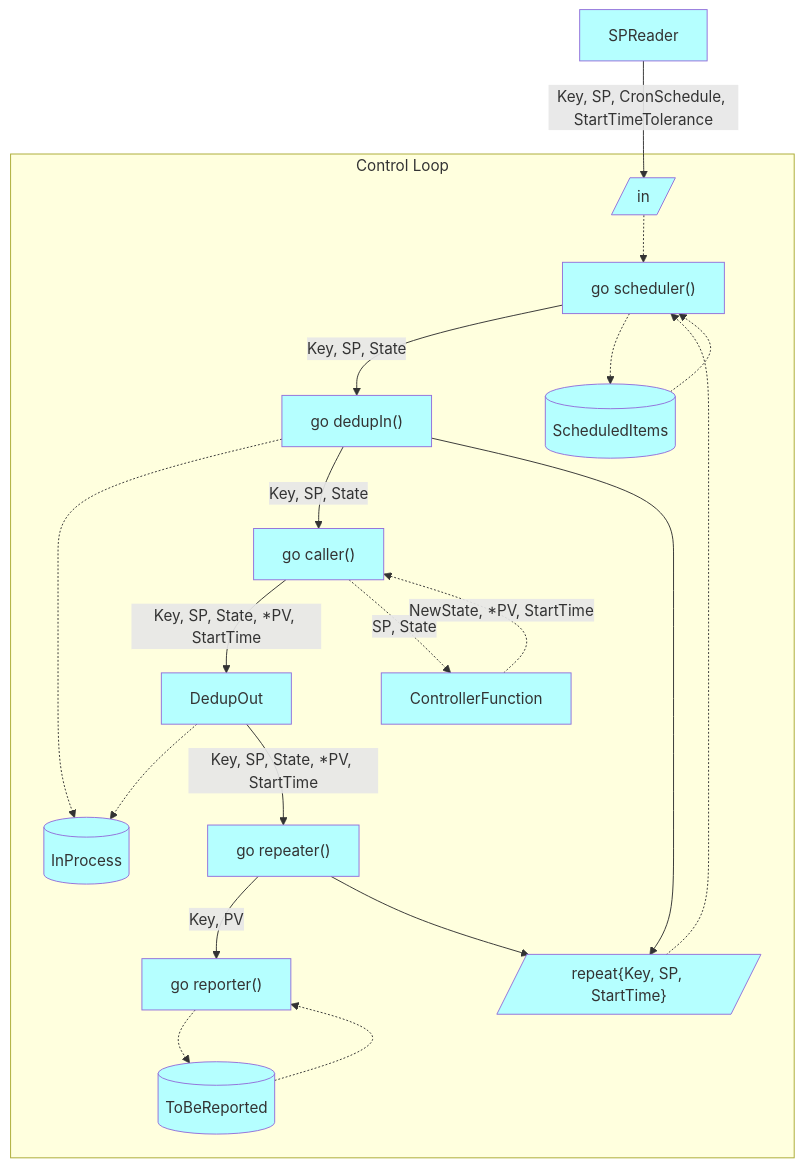
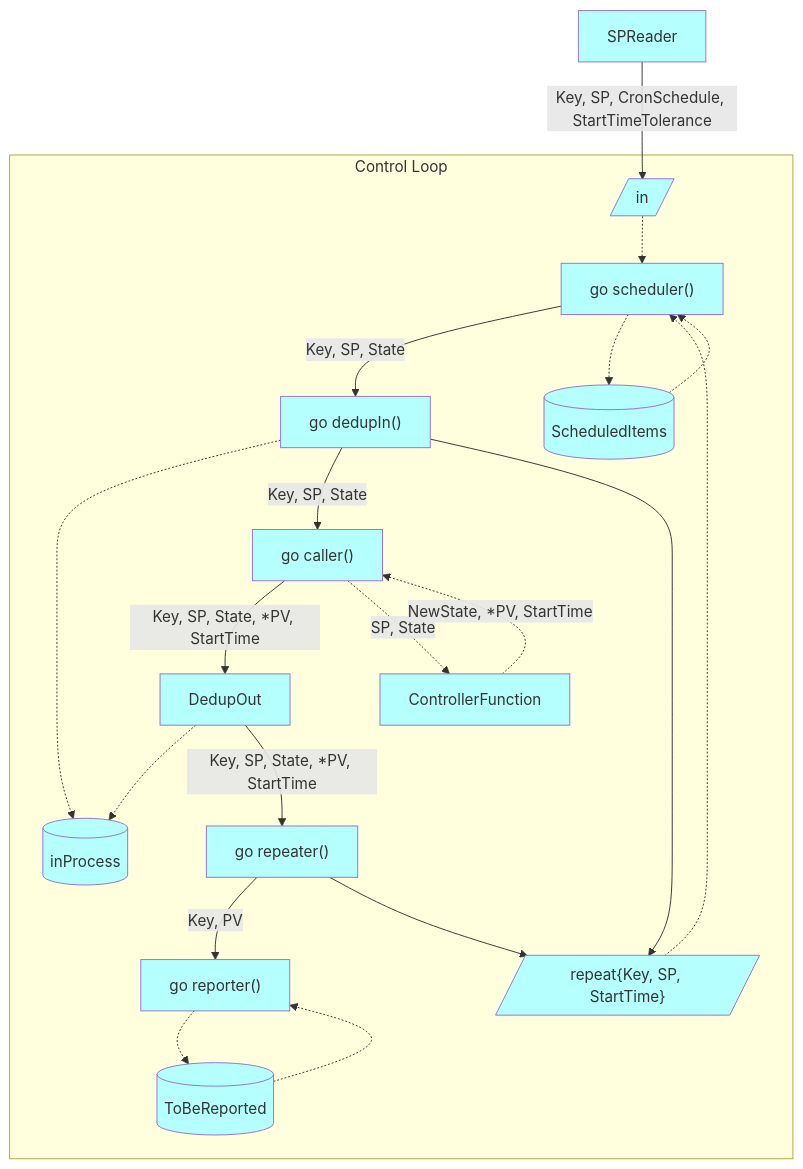
Before and after one commit to voedger/voedger: the diagram in pkg/ctrlloop/README.md, drawn with Mermaid. The commit also changed 78 other files, not shown here.

````diff
--- a/pkg/ctrlloop/README.md
+++ b/pkg/ctrlloop/README.md
@@ -30,52 +30,52 @@
 ```mermaid
     flowchart TD
 
     %% Entities ====================
 
     SPReader:::S
     subgraph ControlLoop[Control Loop]
         Scheduler["go scheduler()"]:::S
         in[/in/]:::S
         repeat[/"repeat{Key, SP, StartTime}"/]:::S
         ScheduledItems[(ScheduledItems)]:::S
         DedupIn["go dedupIn()"]:::S
         Caller["go caller()"]:::S
         Repeater["go repeater()"]:::S
         Reporter["go reporter()"]:::S
         DedupOut:::S        
         Controller[ControllerFunction]:::S
         ToBeReported[(ToBeReported)]:::S
-        InProcess[(InProcess)]:::S
+        inProcess[(inProcess)]:::S
     end
 
     %% Relations ====================
 
     SPReader --> |Key, SP, CronSchedule, StartTimeTolerance| in
     in -.-> Scheduler    
     Scheduler --> |Key, SP, State| DedupIn
     repeat -.-> Scheduler
 
-    DedupIn -.-> InProcess
+    DedupIn -.-> inProcess
 
     Scheduler -.-> ScheduledItems
     ScheduledItems -.-> Scheduler
     DedupIn -->|Key, SP, State| Caller
     DedupIn --> repeat
 
 
     Caller --> |Key, SP, State, *PV, StartTime| DedupOut
     Caller -.-> |SP, State| Controller
     Controller -.-> |NewState, *PV, StartTime| Caller    
 
-    DedupOut -.-> InProcess
+    DedupOut -.-> inProcess
     DedupOut --> |Key, SP, State, *PV, StartTime| Repeater
     Repeater -->  |Key, PV| Reporter
     Repeater --> repeat
     Reporter -.-> ToBeReported
     ToBeReported -.-> Reporter
 
     classDef B fill:#FFFFB5
     classDef S fill:#B5FFFF
     classDef H fill:#C9E7B7
     classDef G fill:#FFFFFF,stroke:#000000, stroke-width:1px, stroke-dasharray: 5 5
 ```
````
